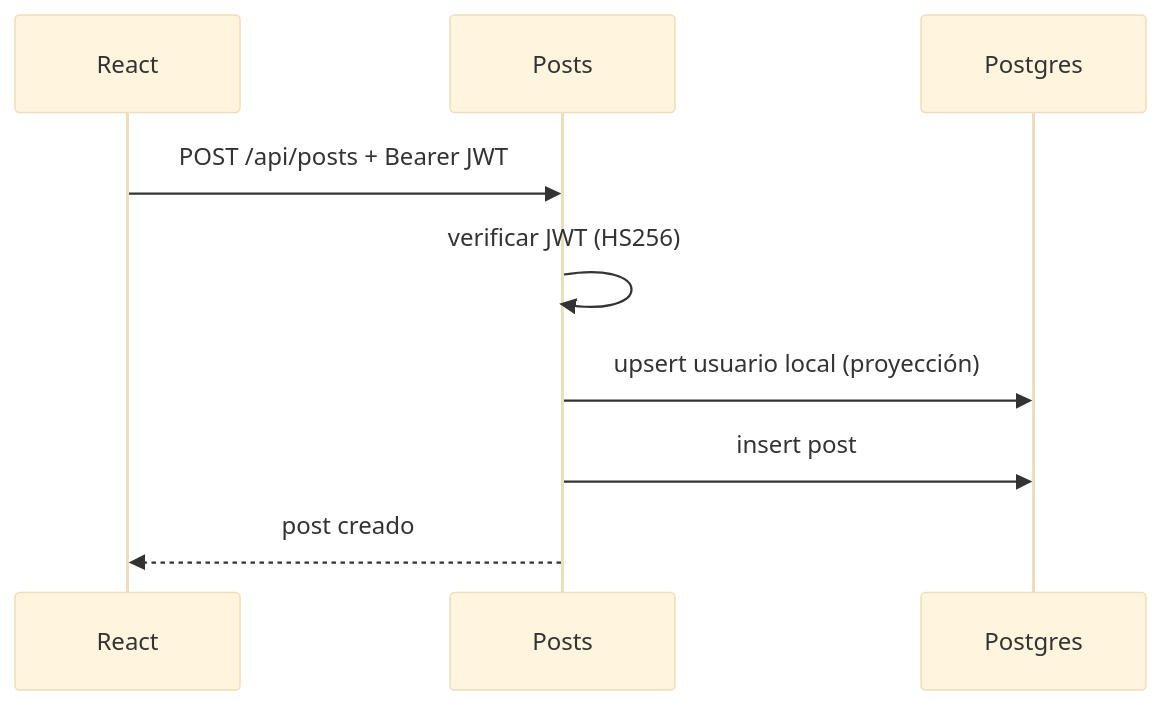
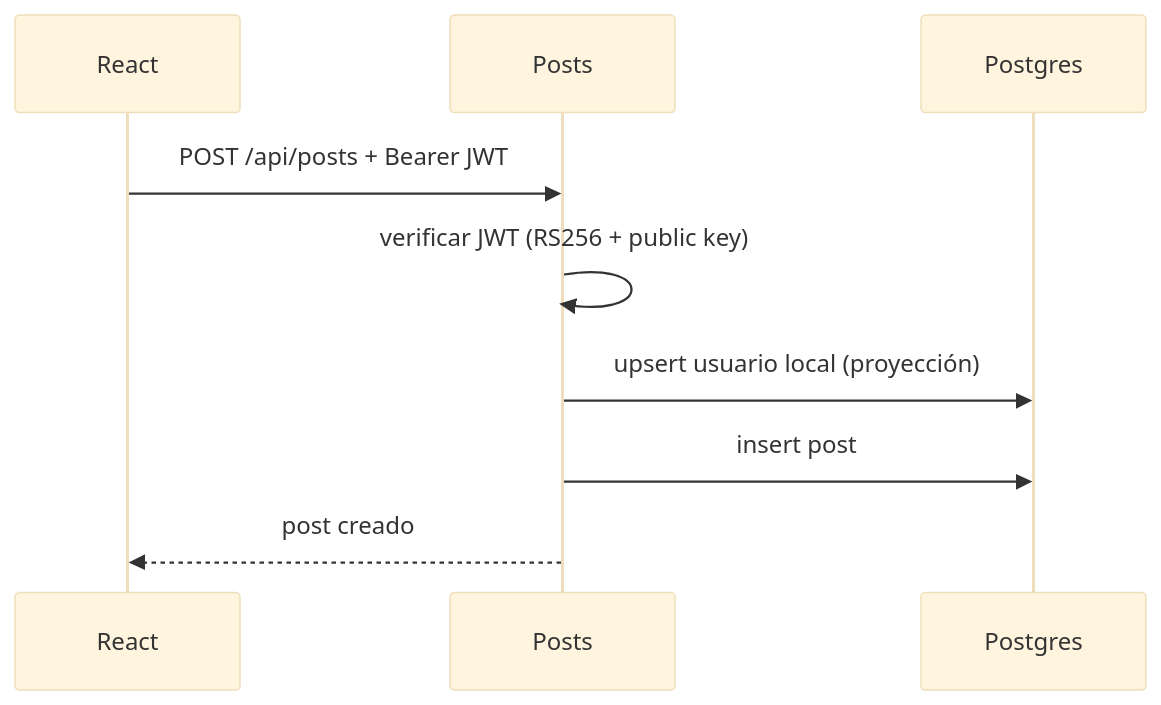
One commit to LV-PNJ/Social-network-technical-test changed the fourth of 5 diagrams in docs/architecture.md. Above: the diagram before and after it, drawn with Mermaid (base theme). The commit also changed other lines of this file and 27 other files, not shown here.

````diff
--- a/docs/architecture.md
+++ b/docs/architecture.md
@@ -73,12 +74,12 @@
 ```mermaid
 sequenceDiagram
   participant FE as React
   participant P as Posts
   participant DB as Postgres
 
   FE->>P: POST /api/posts + Bearer JWT
-  P->>P: verificar JWT (HS256)
+  P->>P: verificar JWT (RS256 + public key)
   P->>DB: upsert usuario local (proyección)
   P->>DB: insert post
   P-->>FE: post creado
 ```
````
